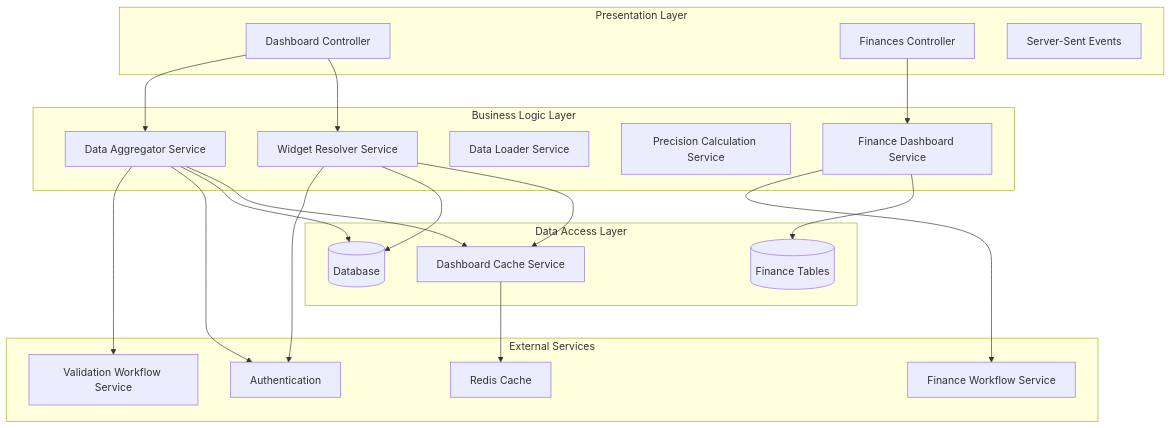
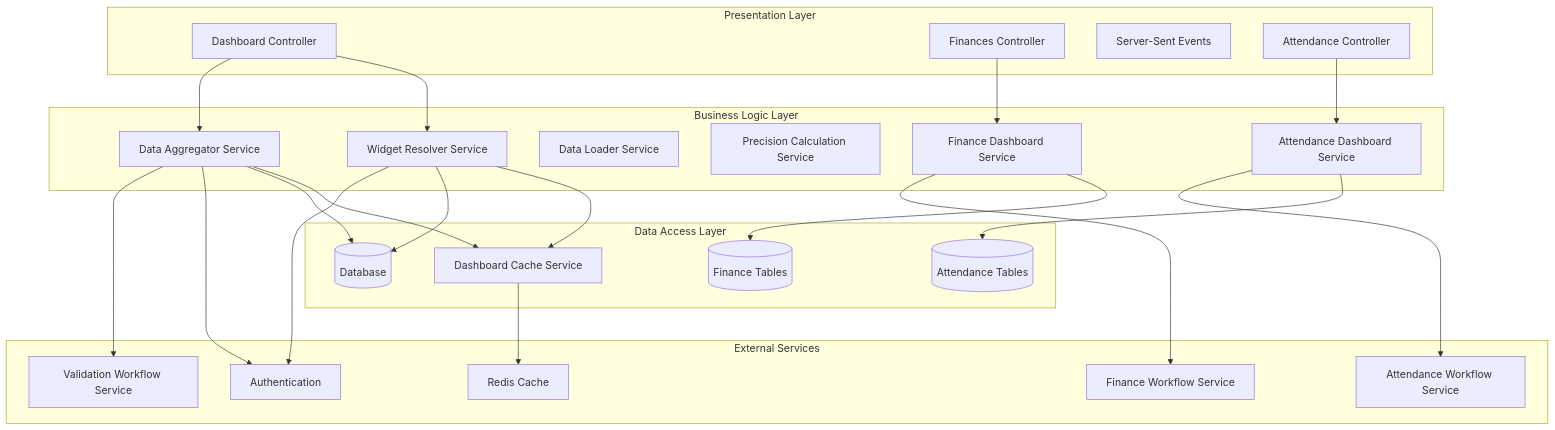
The first of 14 diagrams in .qoder/repowiki/en/content/Modules & Features/Dashboard System Implementation.md (franckylab/eLISAschool), drawn with Mermaid before and after one commit. The commit also changed other lines of this file and 433 other files, not shown here.

````diff
--- a/.qoder/repowiki/en/content/Modules & Features/Dashboard System Implementation.md
+++ b/.qoder/repowiki/en/content/Modules & Features/Dashboard System Implementation.md
@@ -58,39 +61,46 @@
 ```mermaid
 graph TB
 subgraph "Presentation Layer"
 Controller[Dashboard Controller]
 FinancesController[Finances Controller]
 SSE[Server-Sent Events]
+AttendanceController[Attendance Controller]
 end
 subgraph "Business Logic Layer"
 WidgetResolver[Widget Resolver Service]
 DataAggregator[Data Aggregator Service]
 DataLoader[Data Loader Service]
 Precalc[Precision Calculation Service]
 FinanceDashboard[Finance Dashboard Service]
+AttendanceDashboard[Attendance Dashboard Service]
 end
 subgraph "Data Access Layer"
 Cache[Dashboard Cache Service]
 DB[(Database)]
 FinanceDB[(Finance Tables)]
+AttendanceDB[(Attendance Tables)]
 end
 subgraph "External Services"
 Redis[Redis Cache]
 Auth[Authentication]
 Validation[Validation Workflow Service]
 FinanceWorkflow[Finance Workflow Service]
+AttendanceWorkflow[Attendance Workflow Service]
 end
 Controller --> WidgetResolver
 Controller --> DataAggregator
 FinancesController --> FinanceDashboard
+AttendanceController --> AttendanceDashboard
 WidgetResolver --> Cache
 DataAggregator --> Cache
 FinanceDashboard --> FinanceDB
+AttendanceDashboard --> AttendanceDB
 WidgetResolver --> DB
 DataAggregator --> DB
 Cache --> Redis
 WidgetResolver --> Auth
 DataAggregator --> Auth
 DataAggregator --> Validation
 FinanceDashboard --> FinanceWorkflow
+AttendanceDashboard --> AttendanceWorkflow
 ```
````
